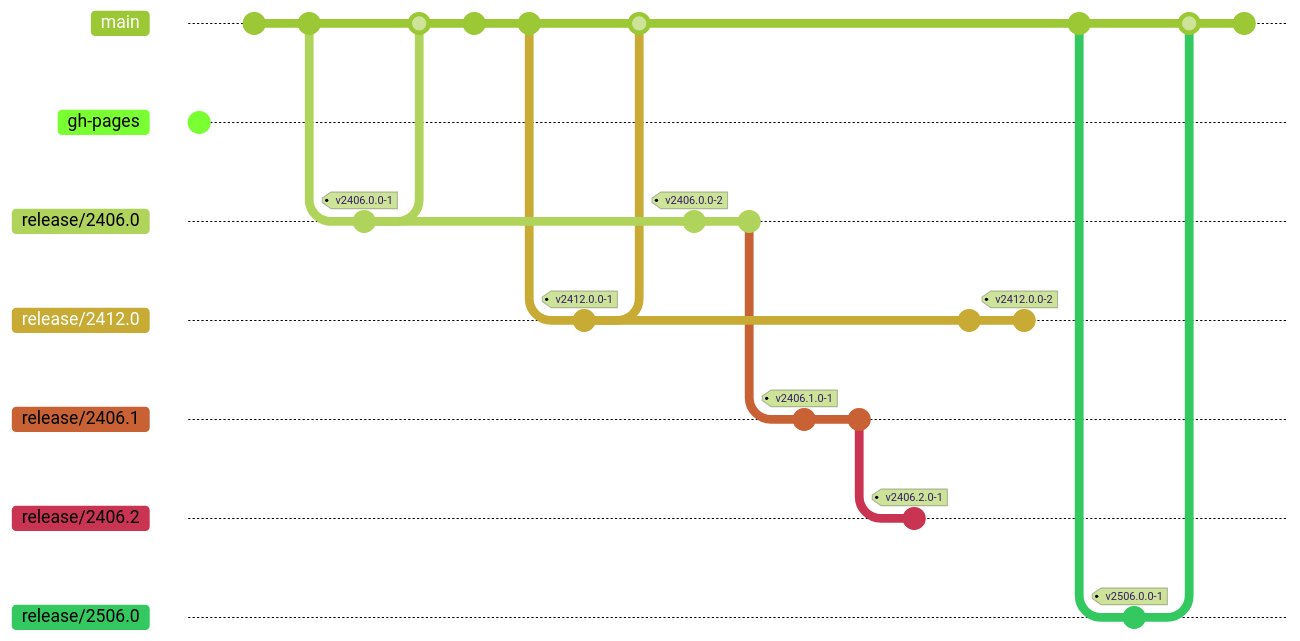
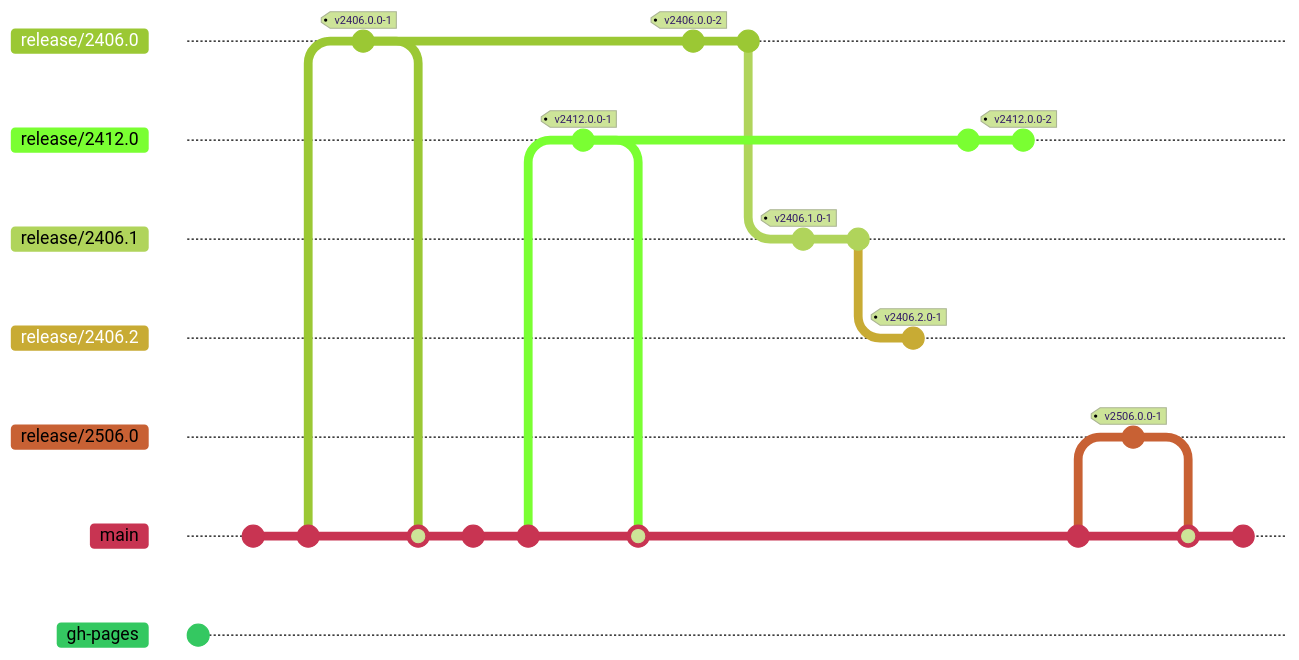
Before and after one commit to CoreMedia/coremedia-globallink-connect-integration: the first of 12 diagrams in website/dev/repository/branches.md, drawn with Mermaid (forest theme). The commit also changed other lines of this file, not shown here. Commit ids are hidden.

First line of the commit message:
docs: Alternative Branch Model

````diff
--- a/website/dev/repository/branches.md
+++ b/website/dev/repository/branches.md
@@ -3,36 +3,41 @@
 ```mermaid
+---
+config:
+  gitGraph:
+    mainBranchOrder: 1
+---
 gitGraph:
-  branch gh-pages
+  branch gh-pages order: 99
   commit id: "(see below)"
   checkout main
   commit
   commit id: "branch-off 2406.0"
   branch release/2406.0
   commit id: "2406.0 approval" tag: "v2406.0.0-1"
   checkout main
   merge release/2406.0 id: "one-time merge 2406.x"
   commit
   commit id: "branch-off 2412.0"
   branch release/2412.0
   commit id: "2412.0 approval" tag: "v2412.0.0-1"
   checkout main
   merge release/2412.0 id: "one-time merge 2412.x"
   checkout release/2406.0
   commit id: "2406.0 bugfix release" tag: "v2406.0.0-2"
   commit id: "branch-off 2406.1"
   branch release/2406.1
   commit id: "2406.1 approval" tag: "v2406.1.0-1"
   commit id: "branch-off 2406.2"
   branch release/2406.2
   commit id: "2406.2 approval" tag: "v2406.2.0-1"
   checkout release/2412.0
   commit id: "2412.0 bugfix"
   commit tag: "v2412.0.0-2"
   checkout main
   commit id: "branch-off 2506.0"
   branch release/2506.0
   commit id: "2506.0 approval" tag: "v2506.0.0-1"
   checkout main
   merge release/2506.0 id: "one-time merge 2506.x"
   commit id: "..."
 ```
````
